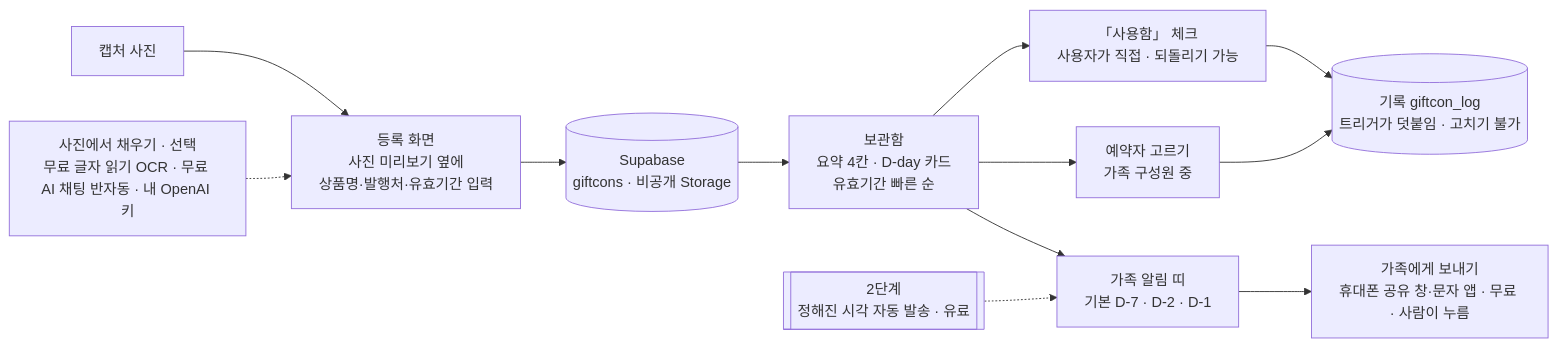
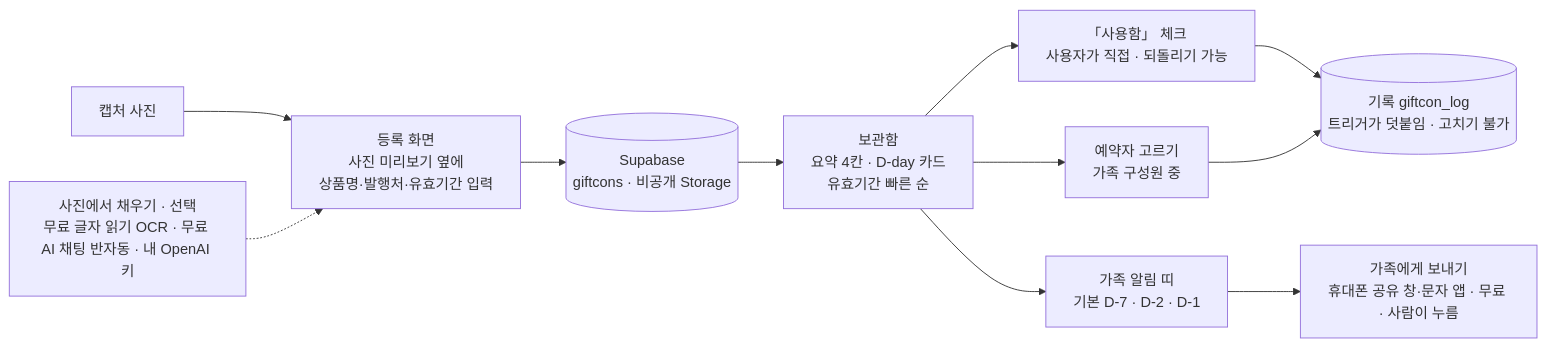
One commit to aebonlee/data09-21 changed the diagram in docs/01_프로젝트_기획서.md. Above: the diagram before and after it, drawn with Mermaid. The commit also changed other lines of this file and 10 other files, not shown here.

````diff
--- a/docs/01_프로젝트_기획서.md
+++ b/docs/01_프로젝트_기획서.md
@@ -47,13 +47,12 @@
 ```mermaid
 flowchart LR
   P[캡처 사진] --> F[등록 화면<br/>사진 미리보기 옆에<br/>상품명·발행처·유효기간 입력]
   F --> DB[(Supabase<br/>giftcons · 비공개 Storage)]
   DB --> B[보관함<br/>요약 4칸 · D-day 카드<br/>유효기간 빠른 순]
   B --> U[「사용함」 체크<br/>사용자가 직접 · 되돌리기 가능]
   B --> R[예약자 고르기<br/>가족 구성원 중]
   U & R --> LOG[(기록 giftcon_log<br/>트리거가 덧붙임 · 고치기 불가)]
   B --> A[가족 알림 띠<br/>기본 D-7 · D-2 · D-1]
   AI[사진에서 채우기 · 선택<br/>무료 글자 읽기 OCR · 무료 AI 채팅 반자동 · 내 OpenAI 키] -.-> F
   A --> S[가족에게 보내기<br/>휴대폰 공유 창·문자 앱 · 무료 · 사람이 누름]
-  X[[2단계<br/>정해진 시각 자동 발송 · 유료]] -.-> A
 ```
````
